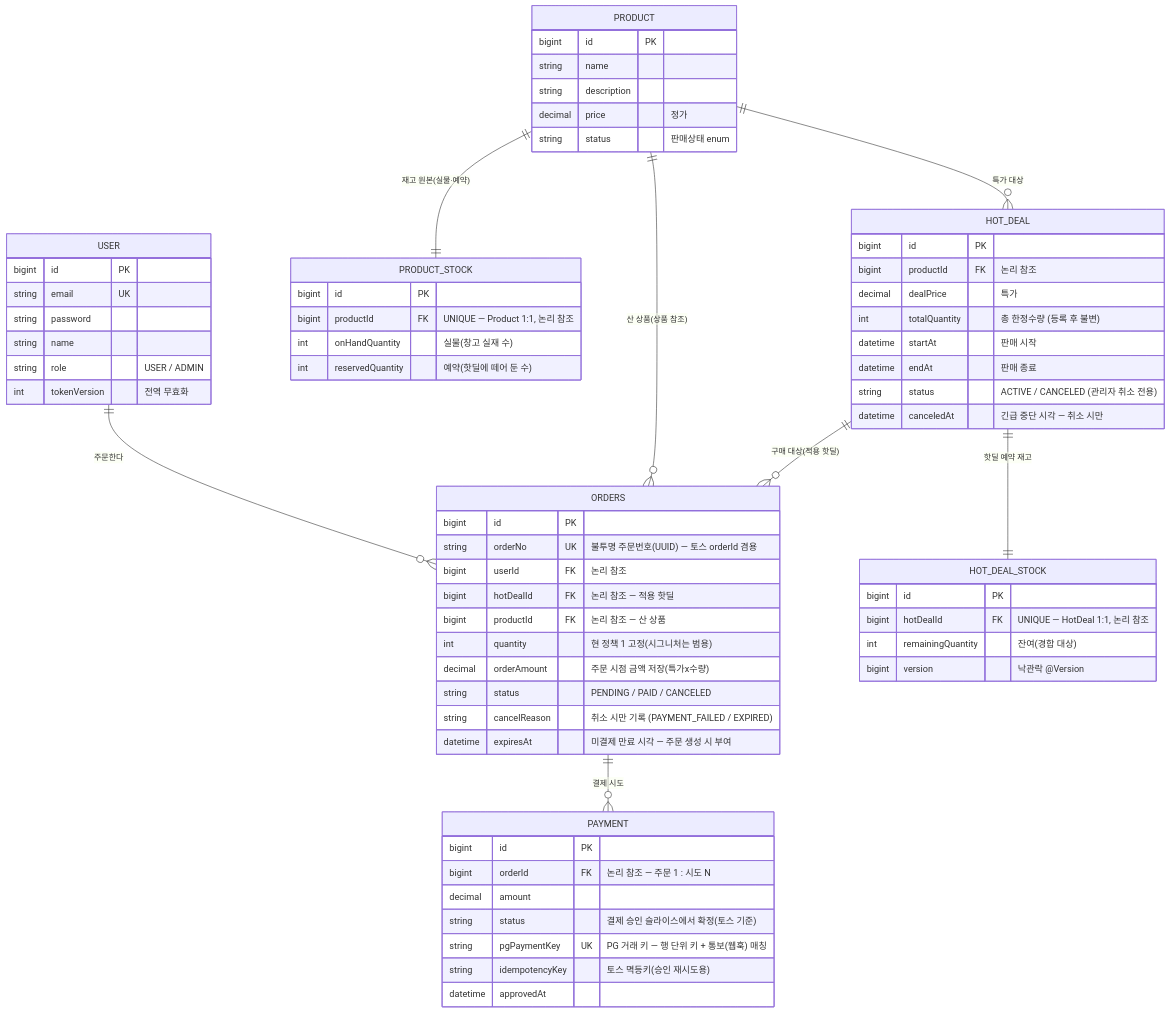
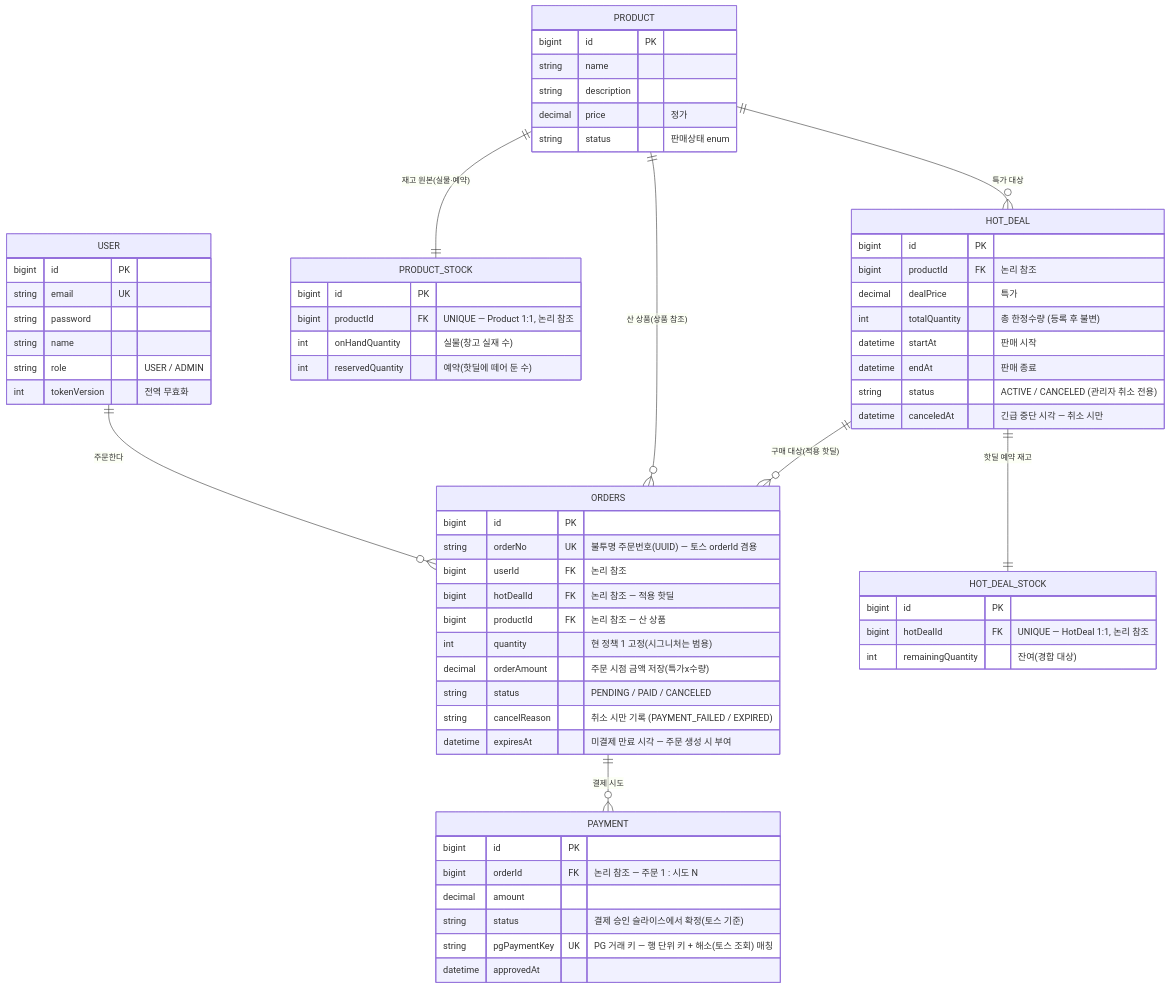
The diagram in docs/design/erd.md (Ting97ok/hotdeal-commerce), drawn with Mermaid before and after one commit. The commit also changed other lines of this file and 3 other files, not shown here.

First line of the commit message:
[Docs] 설계 문서 최신화 — version·idempotencyKey 잔재 제거

````diff
--- a/docs/design/erd.md
+++ b/docs/design/erd.md
@@ -11,69 +11,67 @@
 ```mermaid
 erDiagram
     USER     ||--o{ ORDERS         : "주문한다"
     PRODUCT  ||--|| PRODUCT_STOCK  : "재고 원본(실물·예약)"
     PRODUCT  ||--o{ HOT_DEAL       : "특가 대상"
     PRODUCT  ||--o{ ORDERS         : "산 상품(상품 참조)"
     HOT_DEAL ||--|| HOT_DEAL_STOCK : "핫딜 예약 재고"
     HOT_DEAL ||--o{ ORDERS         : "구매 대상(적용 핫딜)"
     ORDERS   ||--o{ PAYMENT        : "결제 시도"
 
     USER {
         bigint id PK
         string email UK
         string password
         string name
         string role "USER / ADMIN"
         int    tokenVersion "전역 무효화"
     }
     PRODUCT {
         bigint  id PK
         string  name
         string  description
         decimal price "정가"
         string  status "판매상태 enum"
     }
     PRODUCT_STOCK {
         bigint id PK
         bigint productId FK "UNIQUE — Product 1:1, 논리 참조"
         int    onHandQuantity "실물(창고 실재 수)"
         int    reservedQuantity "예약(핫딜에 떼어 둔 수)"
     }
     HOT_DEAL {
         bigint   id PK
         bigint   productId FK "논리 참조"
         decimal  dealPrice "특가"
         int      totalQuantity "총 한정수량 (등록 후 불변)"
         datetime startAt "판매 시작"
         datetime endAt "판매 종료"
         string   status "ACTIVE / CANCELED (관리자 취소 전용)"
         datetime canceledAt "긴급 중단 시각 — 취소 시만"
     }
     HOT_DEAL_STOCK {
         bigint id PK
         bigint hotDealId FK "UNIQUE — HotDeal 1:1, 논리 참조"
         int    remainingQuantity "잔여(경합 대상)"
-        bigint version "낙관락 @Version"
     }
     ORDERS {
         bigint   id PK
         string   orderNo UK "불투명 주문번호(UUID) — 토스 orderId 겸용"
         bigint   userId FK "논리 참조"
         bigint   hotDealId FK "논리 참조 — 적용 핫딜"
         bigint   productId FK "논리 참조 — 산 상품"
         int      quantity "현 정책 1 고정(시그니처는 범용)"
         decimal  orderAmount "주문 시점 금액 저장(특가x수량)"
         string   status "PENDING / PAID / CANCELED"
         string   cancelReason "취소 시만 기록 (PAYMENT_FAILED / EXPIRED)"
         datetime expiresAt "미결제 만료 시각 — 주문 생성 시 부여"
     }
     PAYMENT {
         bigint   id PK
         bigint   orderId FK "논리 참조 — 주문 1 : 시도 N"
         decimal  amount
         string   status "결제 승인 슬라이스에서 확정(토스 기준)"
-        string   pgPaymentKey UK "PG 거래 키 — 행 단위 키 + 통보(웹훅) 매칭"
-        string   idempotencyKey "토스 멱등키(승인 재시도용)"
+        string   pgPaymentKey UK "PG 거래 키 — 행 단위 키 + 해소(토스 조회) 매칭"
         datetime approvedAt
     }
 ```
````
